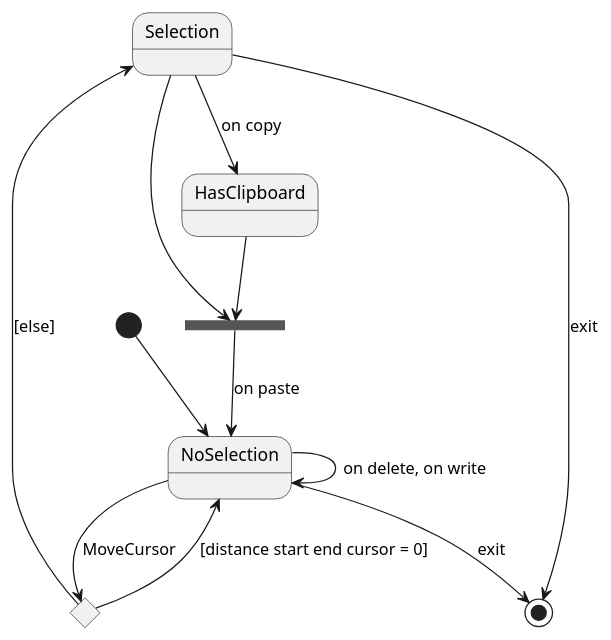
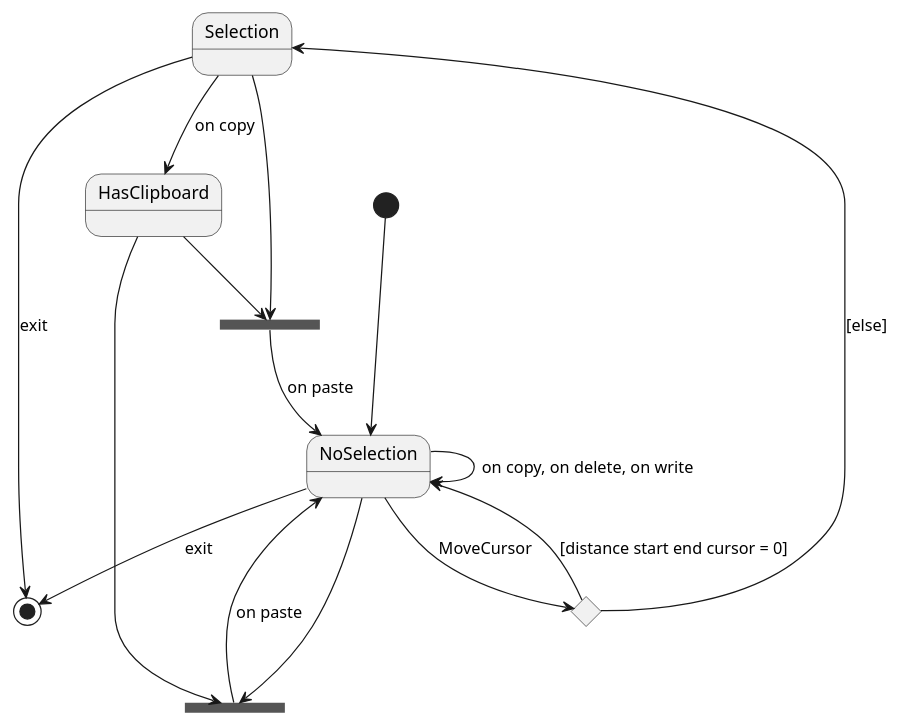
The third of 3 diagrams in README.md (CodyAdam/another-useless-text-editor), drawn with PlantUML before and after one commit.

Commit message:
feat: add copy on state diagram

````diff
--- a/README.md
+++ b/README.md
@@ -268,26 +268,33 @@
 ```plantuml
 @startuml
     state Selection
     state NoSelection
     state HasClipboard
 
     state isSelection <<choice>>
-    [*] --> NoSelection
+    [*] ---> NoSelection
 
     NoSelection --> isSelection: MoveCursor
     isSelection --> NoSelection: [distance start end cursor = 0]
     isSelection --> Selection: [else]
 
     state fork1 <<fork>>
     Selection --> fork1
     HasClipboard --> fork1
     fork1 --> NoSelection : on paste
 
-    NoSelection --> NoSelection : on delete, on write
+    NoSelection --> NoSelection : on copy, on delete, on write
     
+
+    state fork2 <<fork>>
+    NoSelection --> fork2
+    HasClipboard --> fork2
+    fork2 ---> NoSelection : on paste
+
+
     Selection --> HasClipboard : on copy
 
     Selection --> [*] : exit
     NoSelection --> [*] : exit
 @enduml
 ``` 
````
